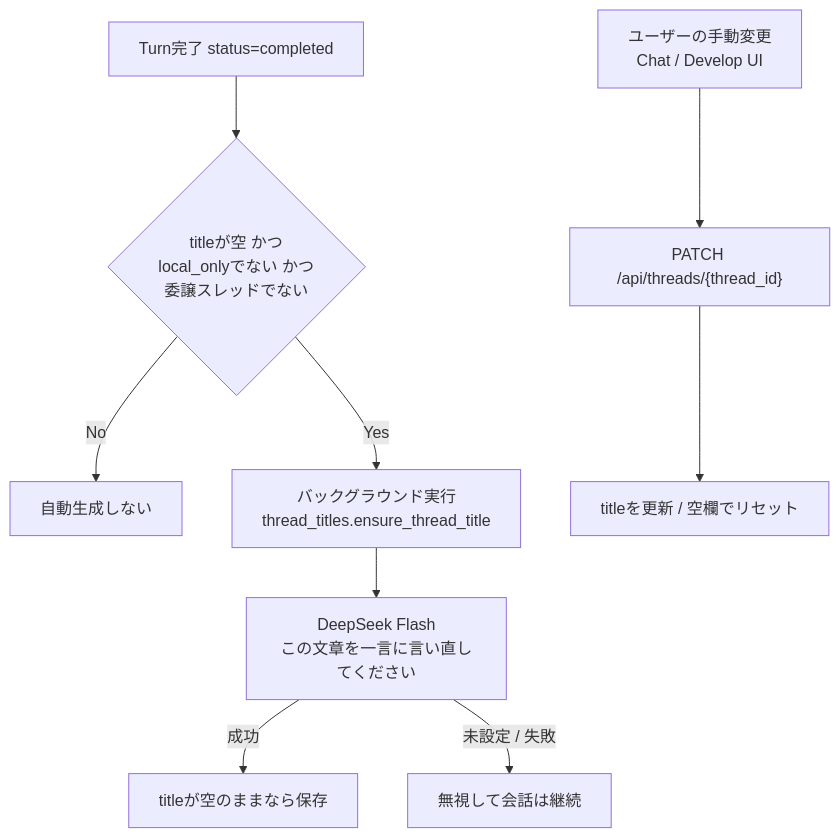
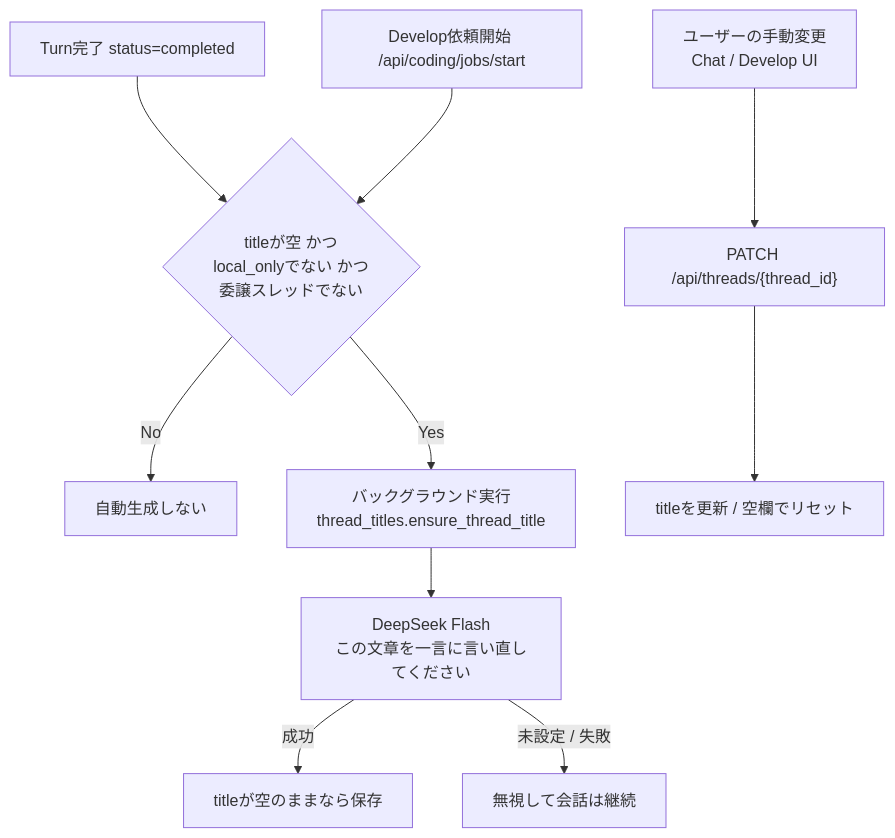
One commit to Soso2e/PETIT changed diagram 47 of 47 in docs/runtime-flows.md. Above: the diagram before and after it, drawn with Mermaid. The commit also changed 6 other files, not shown here.

````diff
--- a/docs/runtime-flows.md
+++ b/docs/runtime-flows.md
@@ -1105,12 +1105,13 @@
 ```mermaid
 flowchart TD
     TurnDone[Turn完了 status=completed] --> Gate{titleが空 かつ<br/>local_onlyでない かつ<br/>委譲スレッドでない}
+    DevelopStart[Develop依頼開始 /api/coding/jobs/start] --> Gate
     Gate -->|No| Skip[自動生成しない]
     Gate -->|Yes| BG[バックグラウンド実行<br/>thread_titles.ensure_thread_title]
     BG --> DeepSeek[DeepSeek Flash<br/>この文章を一言に言い直してください]
     DeepSeek -->|成功| SaveIfEmpty[titleが空のままなら保存]
     DeepSeek -->|未設定 / 失敗| Ignore[無視して会話は継続]
 
     UserEdit[ユーザーの手動変更<br/>Chat / Develop UI] --> Patch["PATCH /api/threads/{thread_id}"]
     Patch --> Update[titleを更新 / 空欄でリセット]
 ```
````
